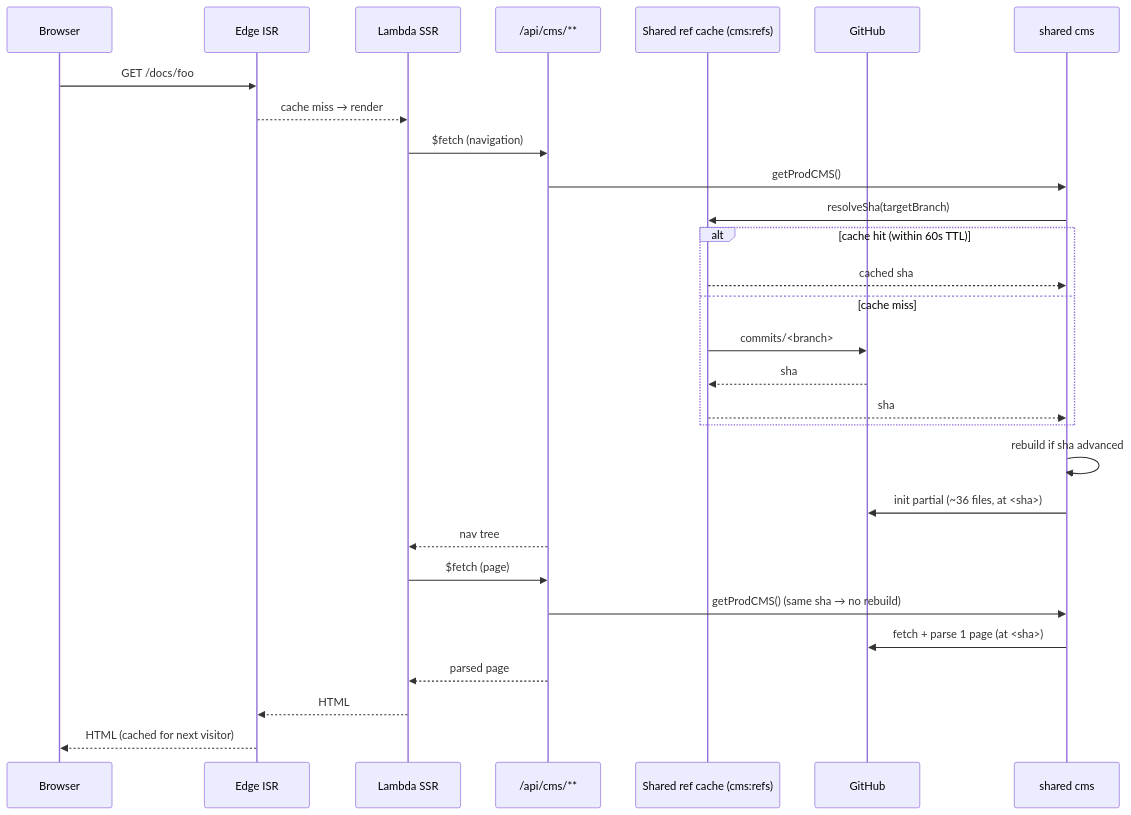
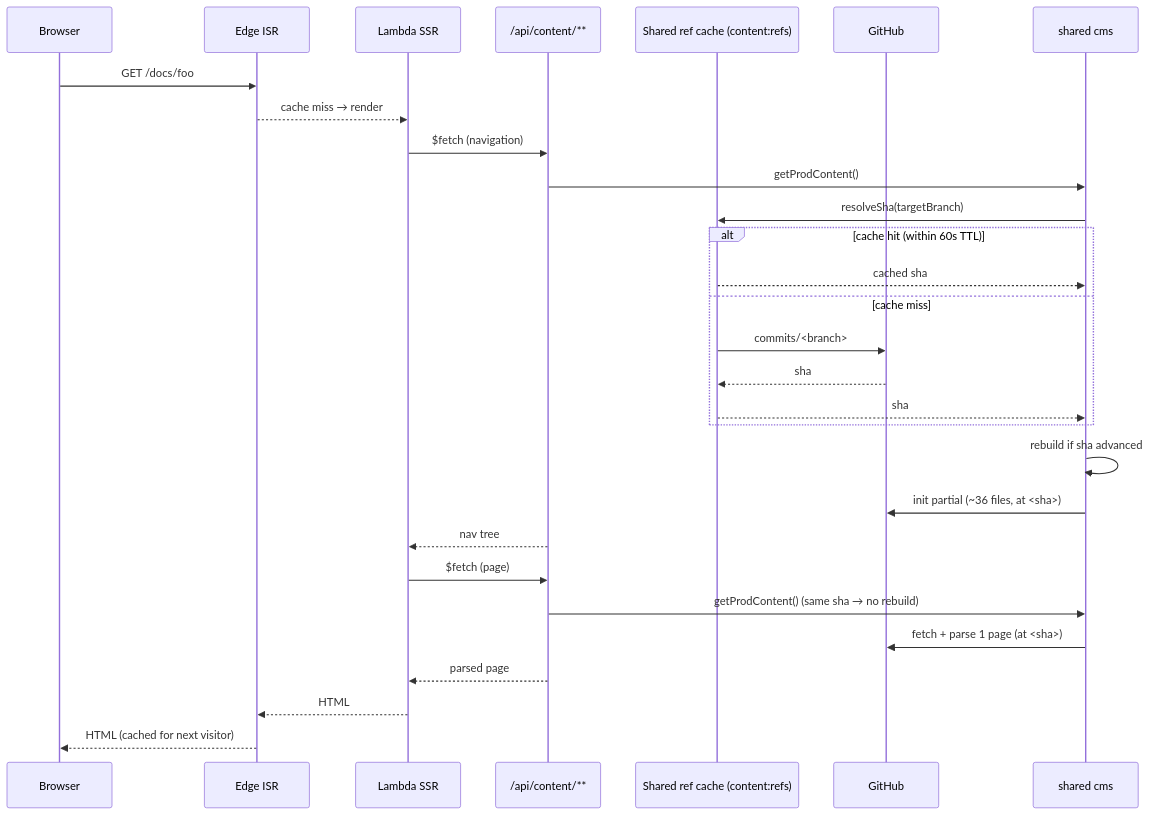
One commit to comarkdown/comark-docs changed the diagram in docs/cold-page-request.md. Above: the diagram before and after it, drawn with Mermaid. The commit also changed 58 other files, not shown here.

````diff
--- a/docs/cold-page-request.md
+++ b/docs/cold-page-request.md
@@ -5,35 +5,35 @@
 ```mermaid
 sequenceDiagram
   participant Browser
   participant Edge as Edge ISR
   participant SSR as Lambda SSR
-  participant CMSRoute as /api/cms/**
-  participant Refs as Shared ref cache (cms:refs)
+  participant CMSRoute as /api/content/**
+  participant Refs as Shared ref cache (content:refs)
   participant GH as GitHub
   participant CMS as shared cms
 
   Browser->>Edge: GET /docs/foo
   Edge-->>SSR: cache miss → render
 
   SSR->>CMSRoute: $fetch (navigation)
-  CMSRoute->>CMS: getProdCMS()
+  CMSRoute->>CMS: getProdContent()
   CMS->>Refs: resolveSha(targetBranch)
   alt cache hit (within 60s TTL)
     Refs-->>CMS: cached sha
   else cache miss
     Refs->>GH: commits/<branch>
     GH-->>Refs: sha
     Refs-->>CMS: sha
   end
   CMS->>CMS: rebuild if sha advanced
   CMS->>GH: init partial (~36 files, at <sha>)
   CMSRoute-->>SSR: nav tree
 
   SSR->>CMSRoute: $fetch (page)
-  CMSRoute->>CMS: getProdCMS() (same sha → no rebuild)
+  CMSRoute->>CMS: getProdContent() (same sha → no rebuild)
   CMS->>GH: fetch + parse 1 page (at <sha>)
   CMSRoute-->>SSR: parsed page
 
   SSR-->>Edge: HTML
   Edge-->>Browser: HTML (cached for next visitor)
 ```
````
